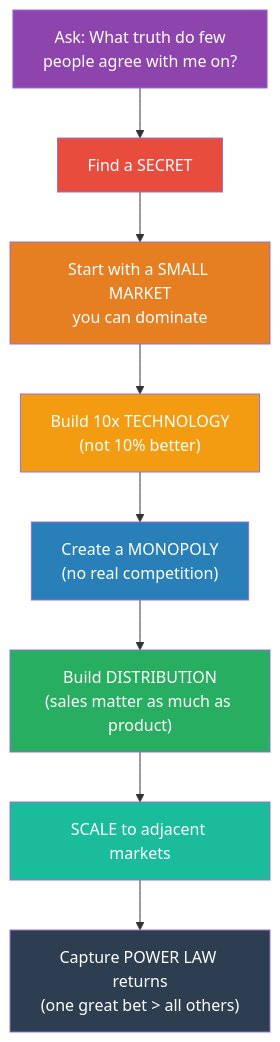
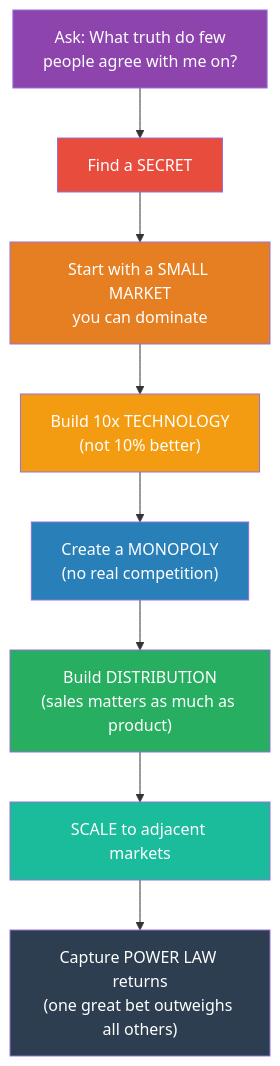
The seventh of 7 diagrams in summaries/Leadership & Management/Zero to One - Peter Thiel.md (alius33/reader), drawn with Mermaid before and after one commit. The commit also changed other lines of this file and 272 other files, not shown here.

````diff
--- a/summaries/Leadership & Management/Zero to One - Peter Thiel.md
+++ b/summaries/Leadership & Management/Zero to One - Peter Thiel.md
@@ -866,19 +1087,19 @@
 ```mermaid
 flowchart TD
-    START["Ask: What truth do few\npeople agree with me on?"] --> SECRET["Find a SECRET"]
-    SECRET --> SMALL["Start with a SMALL MARKET\nyou can dominate"]
-    SMALL --> TECH["Build 10x TECHNOLOGY\n(not 10% better)"]
-    TECH --> MONO["Create a MONOPOLY\n(no real competition)"]
-    MONO --> DIST["Build DISTRIBUTION\n(sales matter as much as product)"]
+    Q["Ask: What truth do few<br>people agree with me on?"] --> S["Find a SECRET"]
+    S --> SMALL["Start with a SMALL MARKET<br>you can dominate"]
+    SMALL --> TECH["Build 10x TECHNOLOGY<br>(not 10% better)"]
+    TECH --> MONO["Create a MONOPOLY<br>(no real competition)"]
+    MONO --> DIST["Build DISTRIBUTION<br>(sales matters as much as product)"]
     DIST --> SCALE["SCALE to adjacent markets"]
-    SCALE --> POWER["Capture POWER LAW returns\n(one great bet > all others)"]
-    
-    style START fill:#8e44ad,color:#fff
-    style SECRET fill:#e74c3c,color:#fff
+    SCALE --> POWER["Capture POWER LAW returns<br>(one great bet outweighs all others)"]
+
+    style Q fill:#8e44ad,color:#fff
+    style S fill:#e74c3c,color:#fff
     style SMALL fill:#e67e22,color:#fff
     style TECH fill:#f39c12,color:#fff
     style MONO fill:#2980b9,color:#fff
     style DIST fill:#27ae60,color:#fff
     style SCALE fill:#1abc9c,color:#fff
     style POWER fill:#2c3e50,color:#fff
 ```
````
